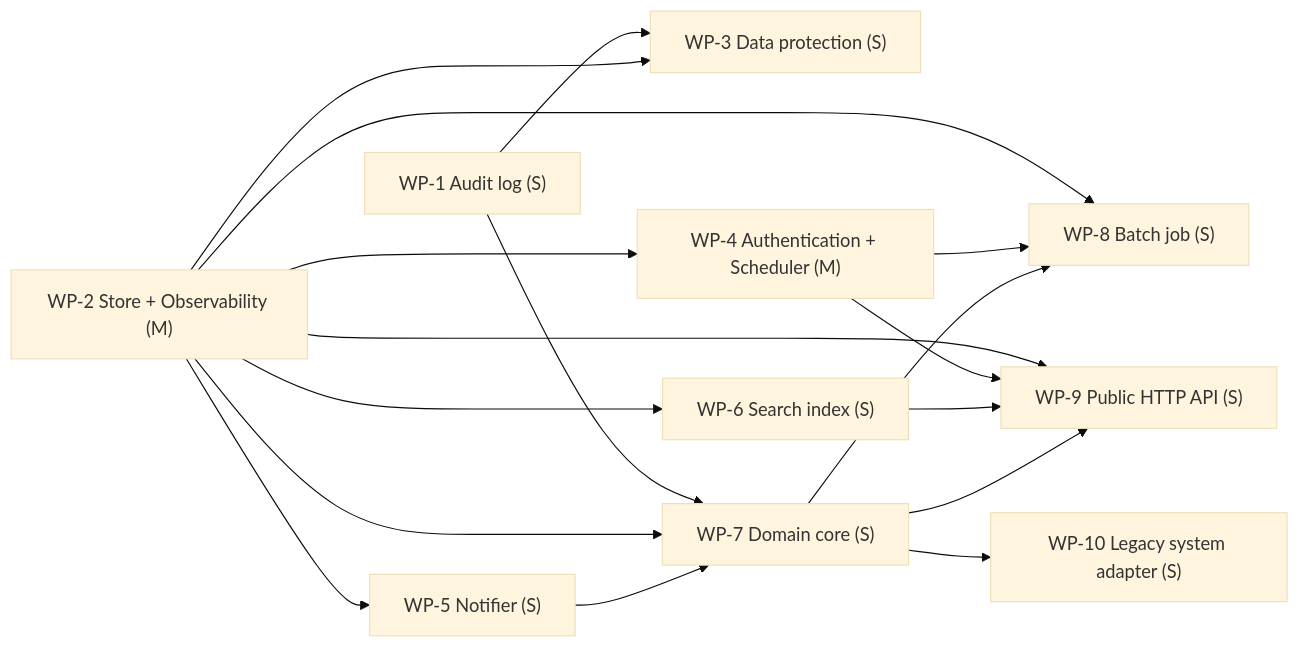
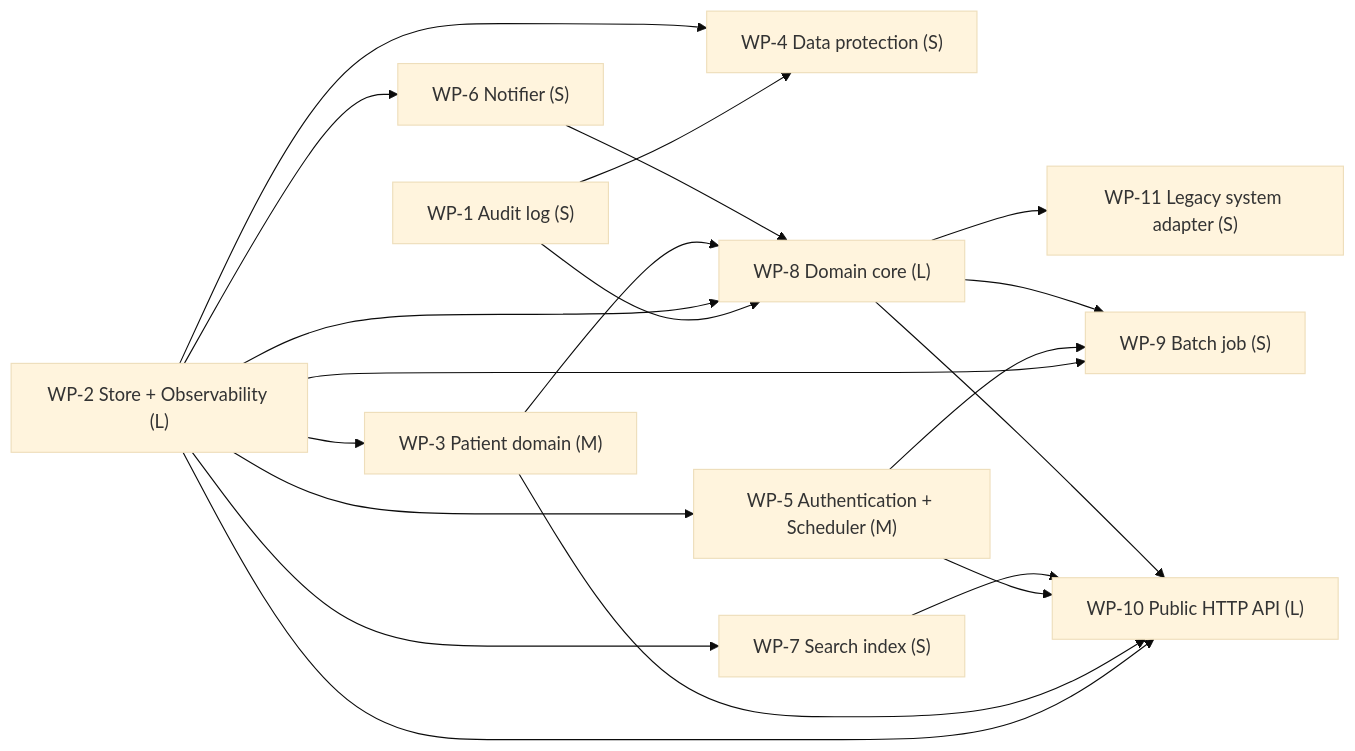
The fifth of 5 diagrams in examples/eval2/gairai.DESIGN.md (yui9696/sekkei), drawn with Mermaid (base theme) before and after one commit. The commit also changed other lines of this file and 39 other files, not shown here.

````diff
--- a/examples/eval2/gairai.DESIGN.md
+++ b/examples/eval2/gairai.DESIGN.md
@@ -925,29 +941,33 @@
 ```mermaid
 graph LR
   WP_1["WP-1 Audit log (S)"]
-  WP_2["WP-2 Store + Observability (M)"]
-  WP_3["WP-3 Data protection (S)"]
-  WP_4["WP-4 Authentication + Scheduler (M)"]
-  WP_5["WP-5 Notifier (S)"]
-  WP_6["WP-6 Search index (S)"]
-  WP_7["WP-7 Domain core (S)"]
-  WP_8["WP-8 Batch job (S)"]
-  WP_9["WP-9 Public HTTP API (S)"]
-  WP_10["WP-10 Legacy system adapter (S)"]
-  WP_1 --> WP_3
+  WP_2["WP-2 Store + Observability (L)"]
+  WP_3["WP-3 Patient domain (M)"]
+  WP_4["WP-4 Data protection (S)"]
+  WP_5["WP-5 Authentication + Scheduler (M)"]
+  WP_6["WP-6 Notifier (S)"]
+  WP_7["WP-7 Search index (S)"]
+  WP_8["WP-8 Domain core (L)"]
+  WP_9["WP-9 Batch job (S)"]
+  WP_10["WP-10 Public HTTP API (L)"]
+  WP_11["WP-11 Legacy system adapter (S)"]
   WP_2 --> WP_3
+  WP_1 --> WP_4
   WP_2 --> WP_4
   WP_2 --> WP_5
   WP_2 --> WP_6
-  WP_1 --> WP_7
   WP_2 --> WP_7
-  WP_5 --> WP_7
+  WP_1 --> WP_8
   WP_2 --> WP_8
-  WP_4 --> WP_8
-  WP_7 --> WP_8
+  WP_3 --> WP_8
+  WP_6 --> WP_8
   WP_2 --> WP_9
-  WP_4 --> WP_9
-  WP_6 --> WP_9
-  WP_7 --> WP_9
+  WP_5 --> WP_9
+  WP_8 --> WP_9
+  WP_2 --> WP_10
+  WP_3 --> WP_10
+  WP_5 --> WP_10
   WP_7 --> WP_10
+  WP_8 --> WP_10
+  WP_8 --> WP_11
 ```
````
